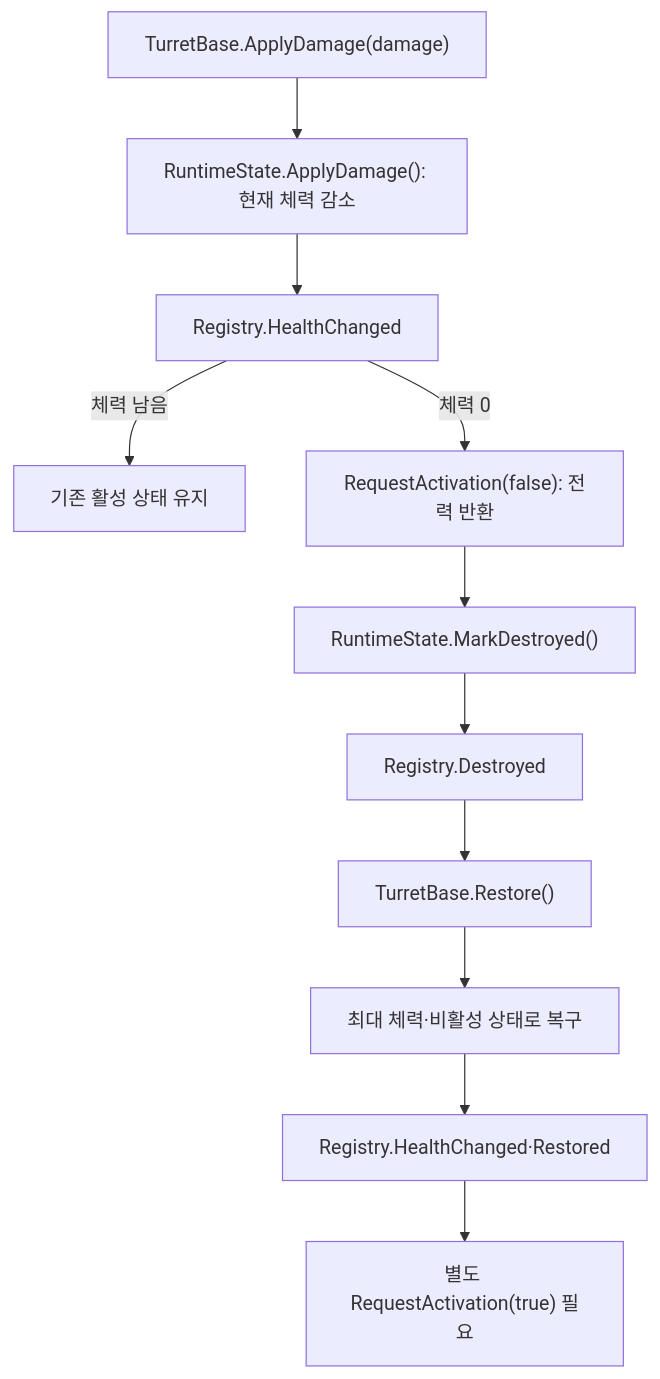
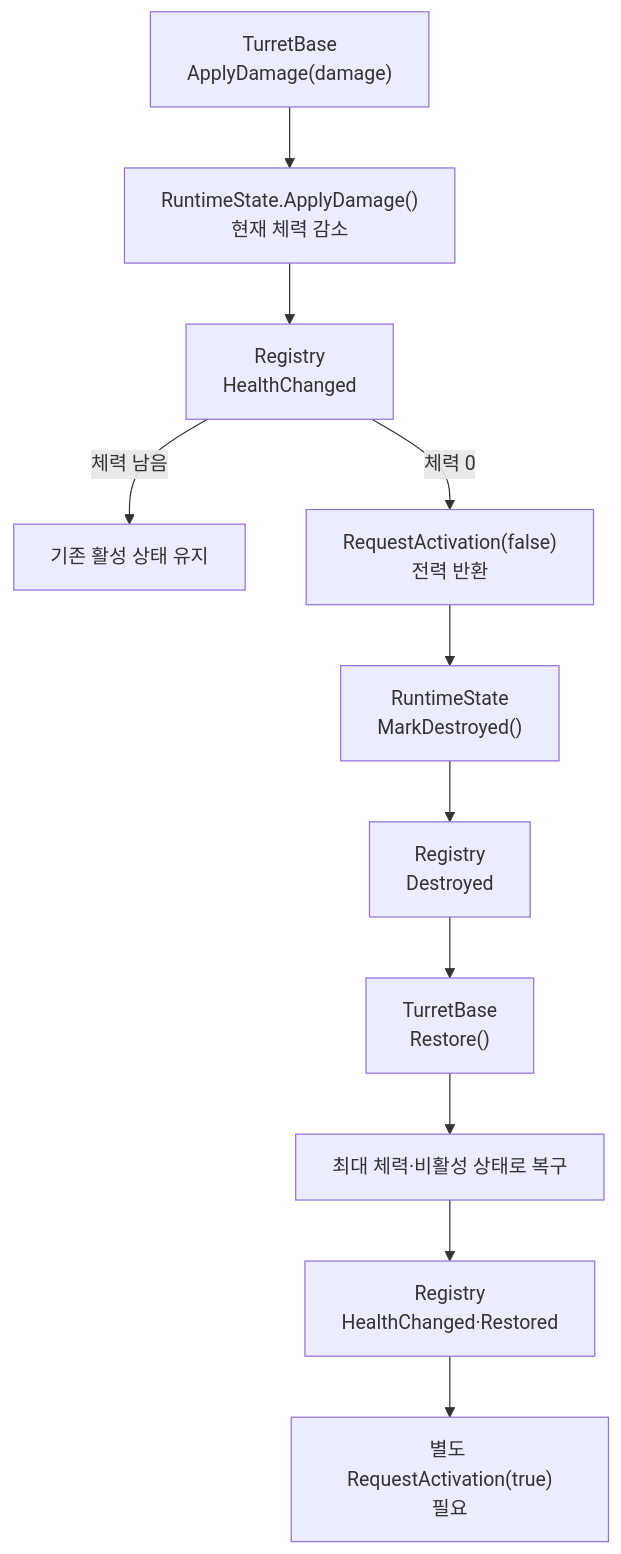
Before and after one commit to Team-HJD-21/unity-6-the-developer: the fifth of 11 diagrams in Docs/architecture/turret-system-guide.md, drawn with Mermaid. The commit also changed other lines of this file and 1 other file, not shown here.

Commit message:
Docs(turret) : prevent text clipping in diagrams

````diff
--- a/Docs/architecture/turret-system-guide.md
+++ b/Docs/architecture/turret-system-guide.md
@@ -230,13 +238,13 @@
 ```mermaid
 flowchart TD
-    Hit["TurretBase.ApplyDamage(damage)"] --> Reduce["RuntimeState.ApplyDamage(): 현재 체력 감소"]
-    Reduce --> HealthEvent["Registry.HealthChanged"]
+    Hit["TurretBase<br>ApplyDamage(damage)"] --> Reduce["RuntimeState.ApplyDamage()<br>현재 체력 감소"]
+    Reduce --> HealthEvent["Registry<br>HealthChanged"]
     HealthEvent -->|체력 남음| Alive["기존 활성 상태 유지"]
-    HealthEvent -->|체력 0| Off["RequestActivation(false): 전력 반환"]
-    Off --> Destroyed["RuntimeState.MarkDestroyed()"]
-    Destroyed --> DestroyEvent["Registry.Destroyed"]
-    DestroyEvent --> Restore["TurretBase.Restore()"]
+    HealthEvent -->|체력 0| Off["RequestActivation(false)<br>전력 반환"]
+    Off --> Destroyed["RuntimeState<br>MarkDestroyed()"]
+    Destroyed --> DestroyEvent["Registry<br>Destroyed"]
+    DestroyEvent --> Restore["TurretBase<br>Restore()"]
     Restore --> Full["최대 체력·비활성 상태로 복구"]
-    Full --> RestoreEvent["Registry.HealthChanged·Restored"]
-    RestoreEvent --> Manual["별도 RequestActivation(true) 필요"]
+    Full --> RestoreEvent["Registry<br>HealthChanged·Restored"]
+    RestoreEvent --> Manual["별도 RequestActivation(true)<br>필요"]
 ```
````
